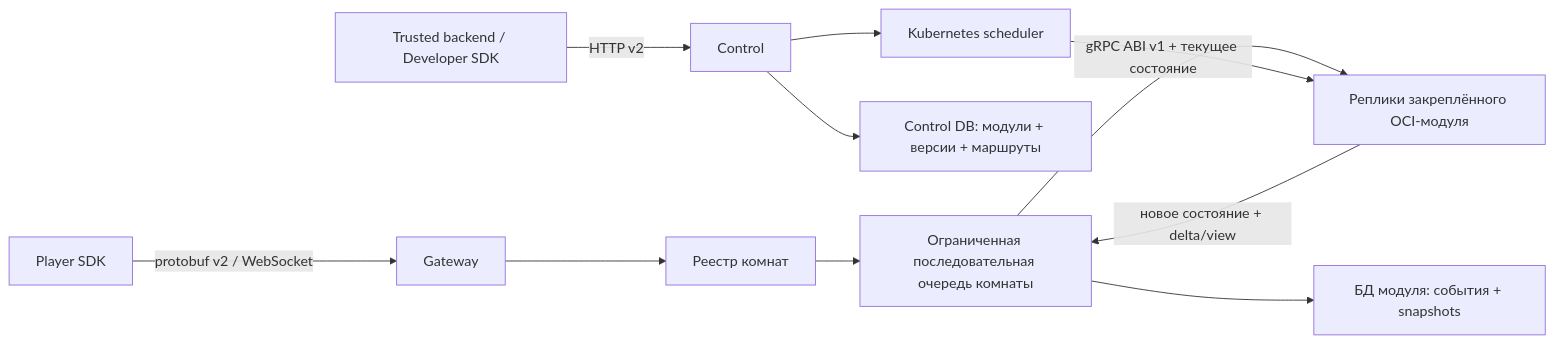
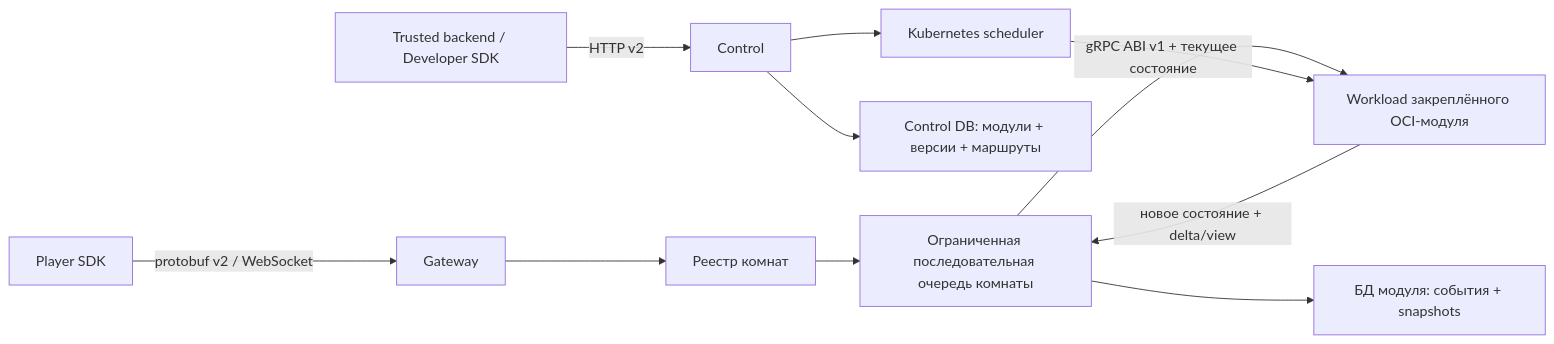
Before and after one commit to Ruleshift/server: the diagram in docs/ru/architecture.md, drawn with Mermaid. The commit also changed other lines of this file and 9 other files, not shown here.

````diff
--- a/docs/ru/architecture.md
+++ b/docs/ru/architecture.md
@@ -6,13 +6,13 @@
 ```mermaid
 flowchart LR
     Player["Player SDK"] -->|"protobuf v2 / WebSocket"| Gateway
     Backend["Trusted backend / Developer SDK"] -->|"HTTP v2"| Control
     Gateway --> Registry["Реестр комнат"]
     Registry --> Queue["Ограниченная последовательная очередь комнаты"]
-    Queue -->|"gRPC ABI v1 + текущее состояние"| Module["Реплики закреплённого OCI-модуля"]
+    Queue -->|"gRPC ABI v1 + текущее состояние"| Module["Workload закреплённого OCI-модуля"]
     Module -->|"новое состояние + delta/view"| Queue
     Queue --> Store["БД модуля: события + snapshots"]
     Control --> ControlDB["Control DB: модули + версии + маршруты"]
     Control --> Scheduler["Kubernetes scheduler"]
     Scheduler --> Module
 ```
````
